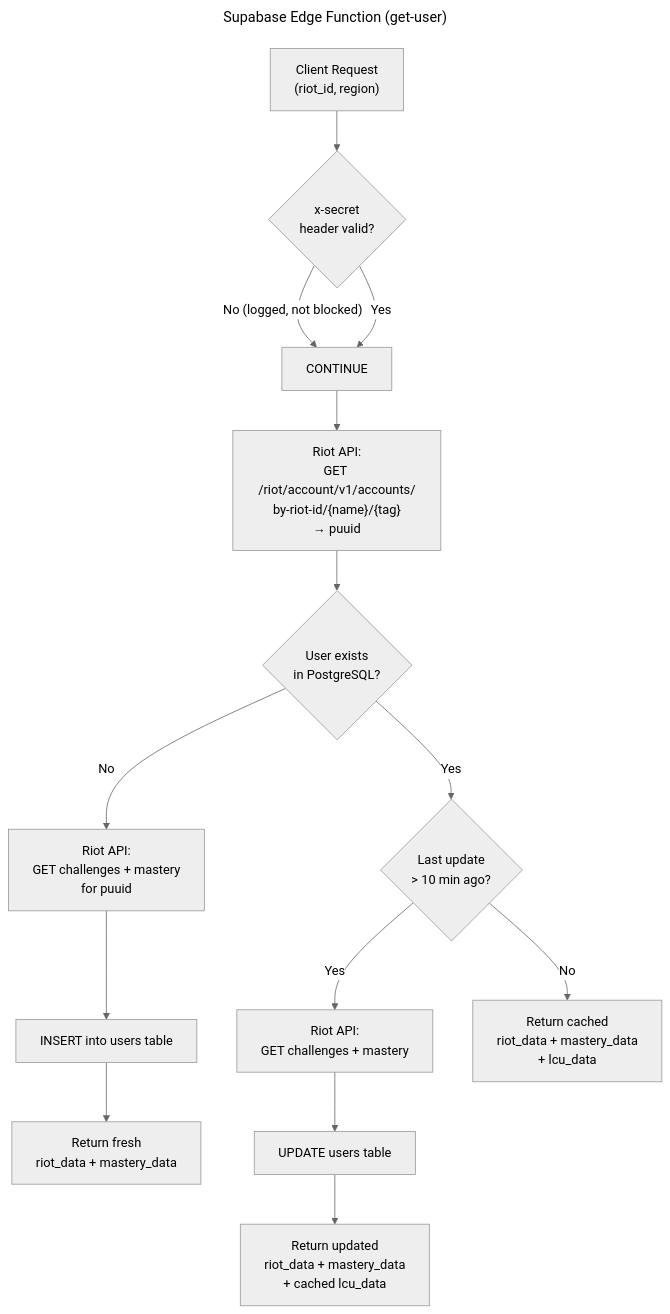
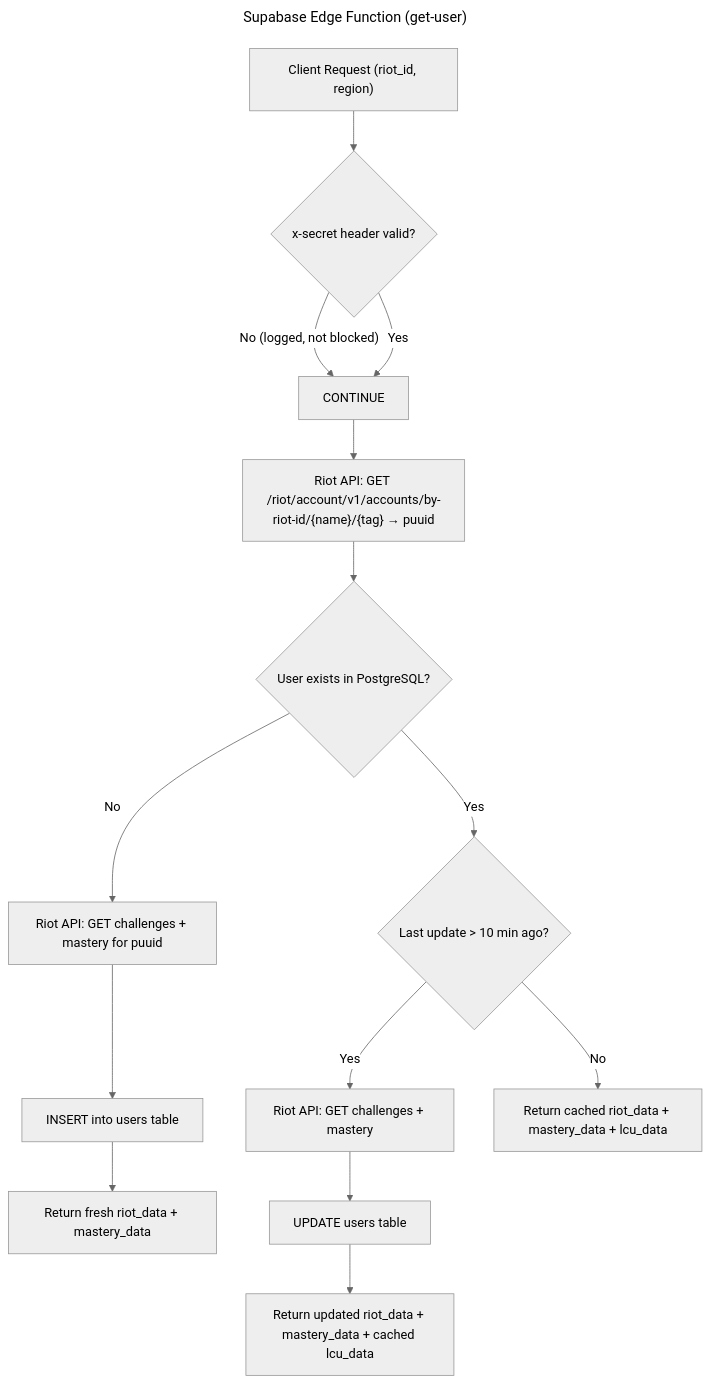
Before and after one commit to sivir/crystal: the third of 3 diagrams in README.md, drawn with Mermaid (neutral theme). The commit also changed other lines of this file and 2 other files, not shown here.

Commit message:
get eternals after mastery, show amount of path champs

````diff
--- a/README.md
+++ b/README.md
@@ -115,24 +115,24 @@
 ```mermaid
 ---
 title: Supabase Edge Function (get-user)
 ---
 flowchart TD
-    REQ["Client Request\n(riot_id, region)"] --> AUTH{"x-secret\nheader valid?"}
+    REQ["Client Request (riot_id, region)"] --> AUTH{"x-secret header valid?"}
     AUTH -->|"No (logged, not blocked)"| CONTINUE
     AUTH -->|Yes| CONTINUE
 
-    CONTINUE --> RIOT_ACCOUNT["Riot API:\nGET /riot/account/v1/accounts/\nby-riot-id/{name}/{tag}\n→ puuid"]
+    CONTINUE --> RIOT_ACCOUNT["Riot API: GET /riot/account/v1/accounts/by-riot-id/{name}/{tag} → puuid"]
 
-    RIOT_ACCOUNT --> DB_CHECK{"User exists\nin PostgreSQL?"}
+    RIOT_ACCOUNT --> DB_CHECK{"User exists in PostgreSQL?"}
 
-    DB_CHECK -->|No| FETCH_FRESH["Riot API:\nGET challenges + mastery\nfor puuid"]
+    DB_CHECK -->|No| FETCH_FRESH["Riot API: GET challenges + mastery for puuid"]
     FETCH_FRESH --> INSERT["INSERT into users table"]
-    INSERT --> RETURN_FRESH["Return fresh\nriot_data + mastery_data"]
+    INSERT --> RETURN_FRESH["Return fresh riot_data + mastery_data"]
 
-    DB_CHECK -->|Yes| STALE_CHECK{"Last update\n> 10 min ago?"}
-    STALE_CHECK -->|Yes| FETCH_UPDATE["Riot API:\nGET challenges + mastery"]
+    DB_CHECK -->|Yes| STALE_CHECK{"Last update > 10 min ago?"}
+    STALE_CHECK -->|Yes| FETCH_UPDATE["Riot API: GET challenges + mastery"]
     FETCH_UPDATE --> UPDATE["UPDATE users table"]
-    UPDATE --> RETURN_UPDATED["Return updated\nriot_data + mastery_data\n+ cached lcu_data"]
+    UPDATE --> RETURN_UPDATED["Return updated riot_data + mastery_data + cached lcu_data"]
 
-    STALE_CHECK -->|No| RETURN_CACHED["Return cached\nriot_data + mastery_data\n+ lcu_data"]
+    STALE_CHECK -->|No| RETURN_CACHED["Return cached riot_data + mastery_data + lcu_data"]
 ```
````
